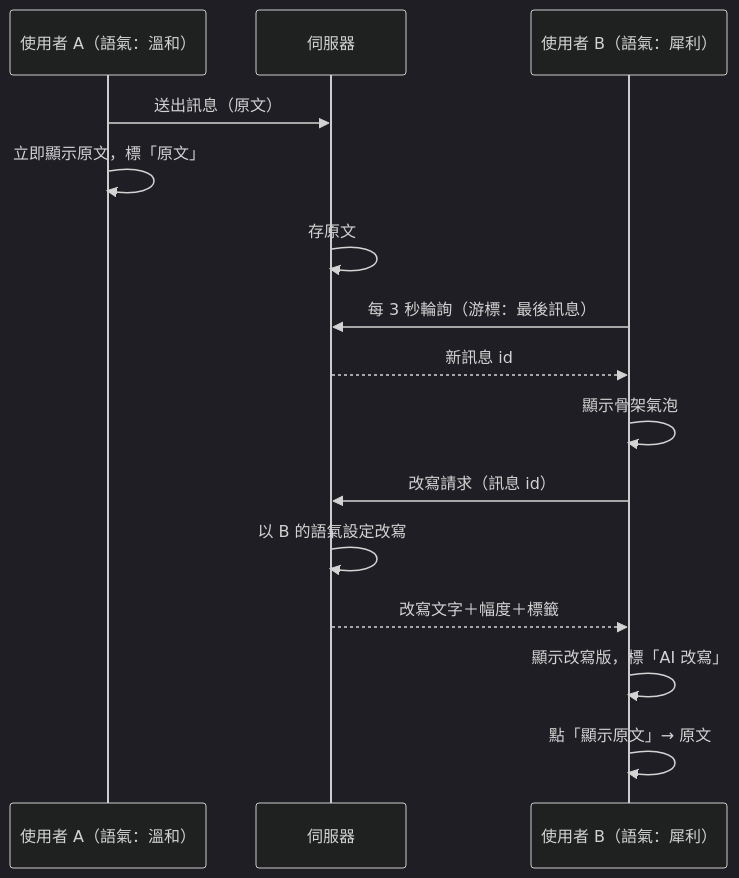
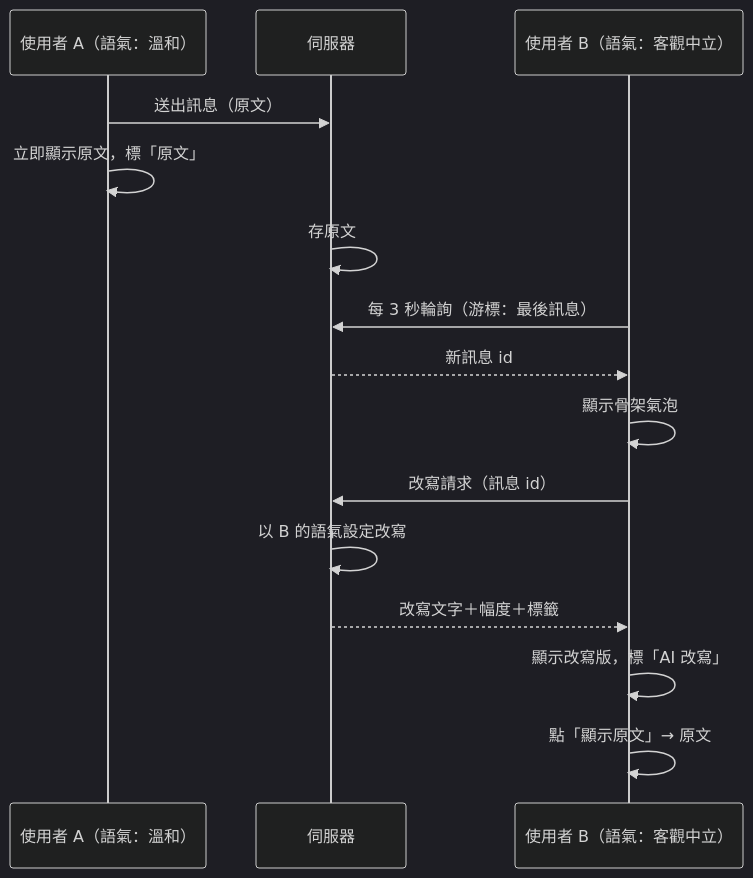
One commit to yeeway0609/ai-social changed the diagram in backlog/docs/ai-social/doc-004 - 聊天室-PRD.md. Above: the diagram before and after it, drawn with Mermaid (dark theme). The commit also changed 34 other files, not shown here.

````diff
--- a/backlog/docs/ai-social/doc-004 - 聊天室-PRD.md
+++ b/backlog/docs/ai-social/doc-004 - 聊天室-PRD.md
@@ -52,17 +52,17 @@
 ```mermaid
 sequenceDiagram
   participant A as 使用者 A（語氣：溫和）
   participant S as 伺服器
-  participant B as 使用者 B（語氣：犀利）
+  participant B as 使用者 B（語氣：客觀中立）
   A->>S: 送出訊息（原文）
   A->>A: 立即顯示原文，標「原文」
   S->>S: 存原文
   B->>S: 每 3 秒輪詢（游標：最後訊息）
   S-->>B: 新訊息 id
   B->>B: 顯示骨架氣泡
   B->>S: 改寫請求（訊息 id）
   S->>S: 以 B 的語氣設定改寫
   S-->>B: 改寫文字＋幅度＋標籤
   B->>B: 顯示改寫版，標「AI 改寫」
   B->>B: 點「顯示原文」→ 原文
 ```
````
